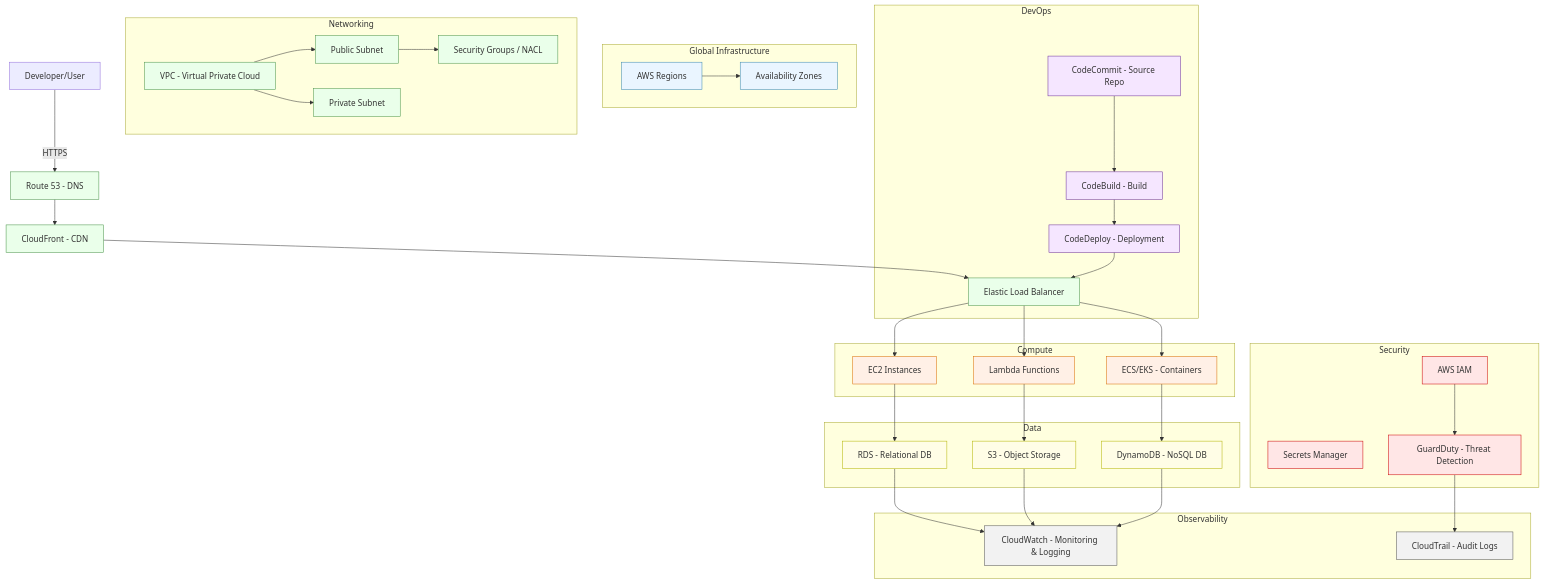
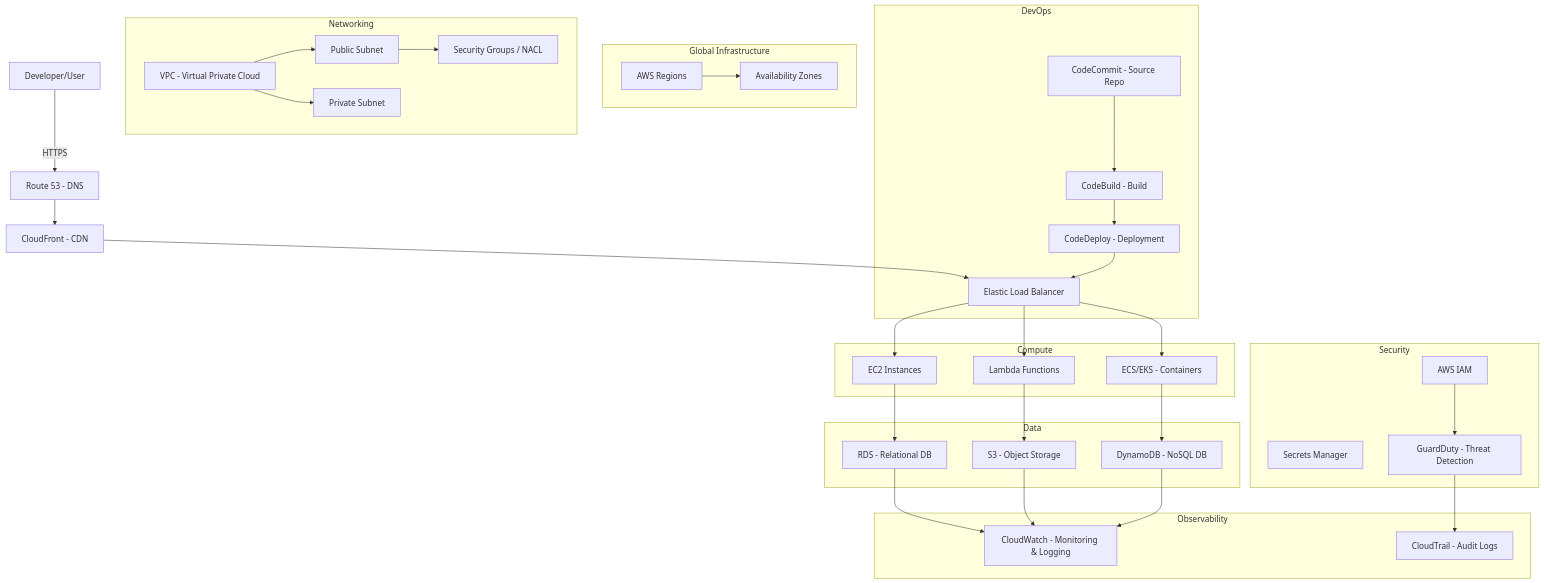
The first of 3 diagrams in docs/sec_cloud/aws-gcp-azure.md (cassmastern/lers-sandbox), drawn with Mermaid before and after one commit. The commit also changed other lines of this file, not shown here.

Commit message:
remove %%STYLES definitions from Azure, GCP and AWS arch diagrams

````diff
--- a/docs/sec_cloud/aws-gcp-azure.md
+++ b/docs/sec_cloud/aws-gcp-azure.md
@@ -113,13 +113,4 @@
     DynamoDB --> CloudWatch
     IAM --> GuardDuty
     GuardDuty --> CloudTrail
-
-    %% STYLES
-    classDef global fill:#eaf5ff,stroke:#3a87ad
-    classDef net fill:#eaffea,stroke:#4a934a
-    classDef compute fill:#fff0e6,stroke:#d96c00
-    classDef data fill:#fffde6,stroke:#b3b300
-    classDef devops fill:#f5e6ff,stroke:#6b2f99
-    classDef sec fill:#ffe6e6,stroke:#cc0000
-    classDef obs fill:#f2f2f2,stroke:#555
 ```
````
